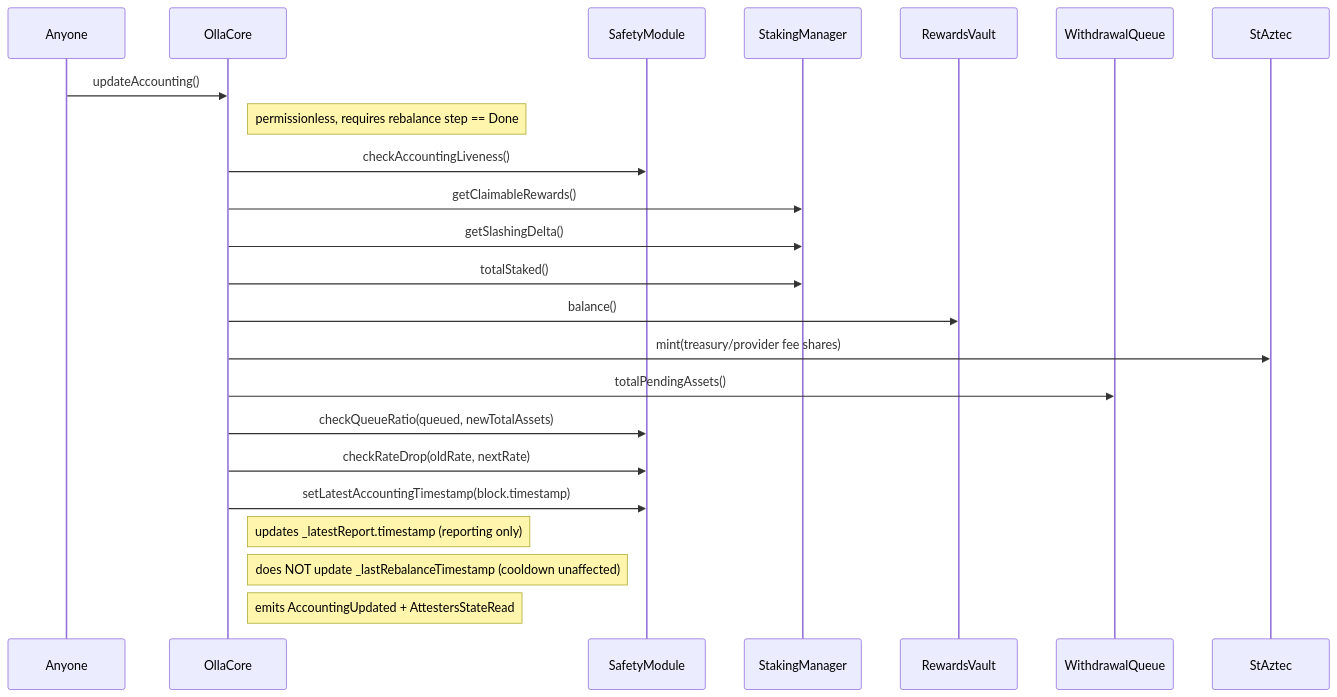
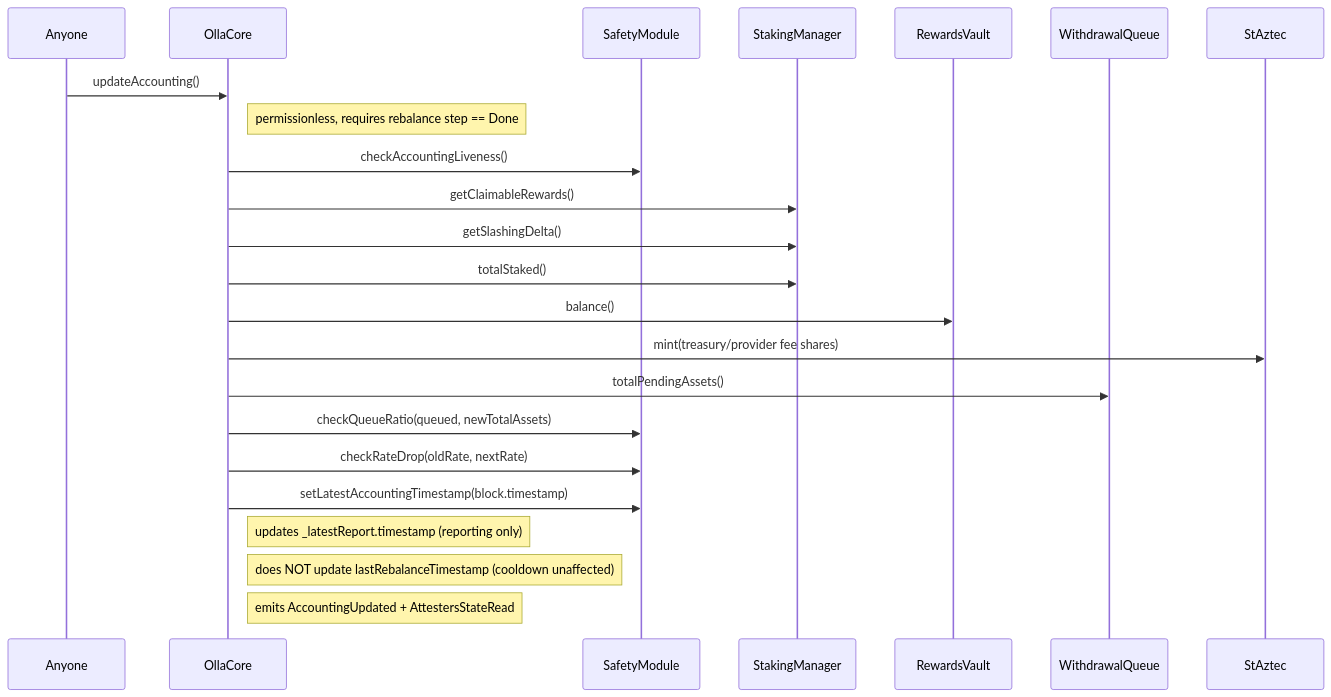
One commit to ollafinance/core changed the ninth of 9 diagrams in docs/architecture/operator-actions.md. Above: the diagram before and after it, drawn with Mermaid. The commit also changed other lines of this file and 8 other files, not shown here.

First line of the commit message:
fix: gracefully handle reward harvest failures and expose rebalance timestamp (#339)

````diff
--- a/docs/architecture/operator-actions.md
+++ b/docs/architecture/operator-actions.md
@@ -234,26 +234,26 @@
 ```mermaid
 sequenceDiagram
     participant A as Anyone
     participant C as OllaCore
     participant SAF as SafetyModule
     participant SM as StakingManager
     participant RV as RewardsVault
     participant WQ as WithdrawalQueue
     participant ST as StAztec
 
     A->>C: updateAccounting()
     Note right of C: permissionless, requires rebalance step == Done
     C->>SAF: checkAccountingLiveness()
     C->>SM: getClaimableRewards()
     C->>SM: getSlashingDelta()
     C->>SM: totalStaked()
     C->>RV: balance()
     C->>ST: mint(treasury/provider fee shares)
     C->>WQ: totalPendingAssets()
     C->>SAF: checkQueueRatio(queued, newTotalAssets)
     C->>SAF: checkRateDrop(oldRate, nextRate)
     C->>SAF: setLatestAccountingTimestamp(block.timestamp)
     Note right of C: updates _latestReport.timestamp (reporting only)
-    Note right of C: does NOT update _lastRebalanceTimestamp (cooldown unaffected)
+    Note right of C: does NOT update lastRebalanceTimestamp (cooldown unaffected)
     Note right of C: emits AccountingUpdated + AttestersStateRead
 ```
````
